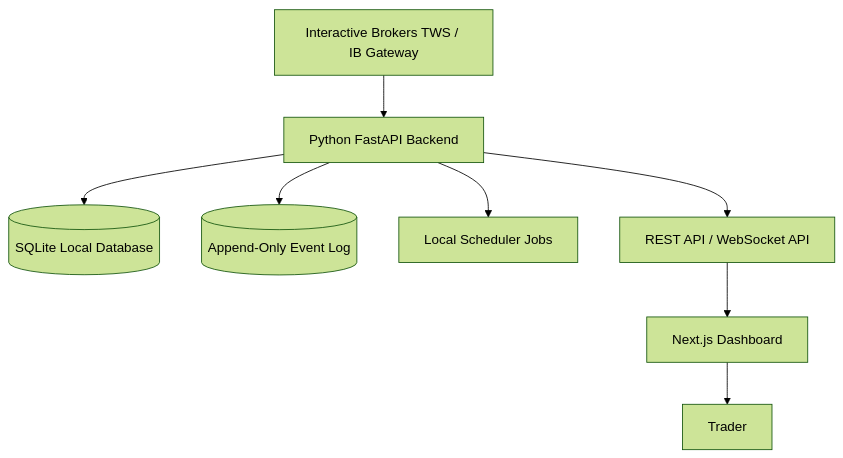
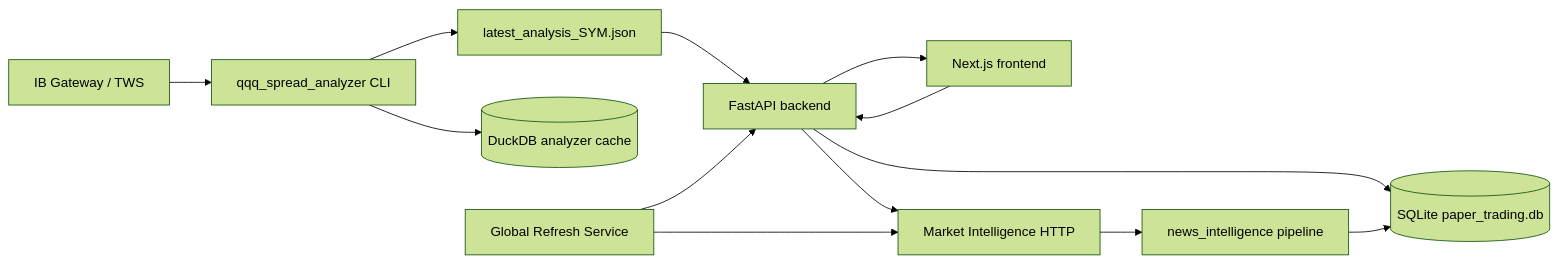
The diagram in Billion-Dollar-Architecture-Reference.md (aktaksh/Billion_Dollar), drawn with Mermaid (forest theme) before and after one commit. The commit also changed other lines of this file and 182 other files, not shown here.

````diff
--- a/Billion-Dollar-Architecture-Reference.md
+++ b/Billion-Dollar-Architecture-Reference.md
@@ -1454,10 +30,26 @@
 ```mermaid
-flowchart TD
-  TWS[Interactive Brokers TWS / IB Gateway] --> PY[Python FastAPI Backend]
-  PY --> DB[(SQLite Local Database)]
-  PY --> EVT[(Append-Only Event Log)]
-  PY --> JOBS[Local Scheduler Jobs]
-  PY --> API[REST API / WebSocket API]
-  API --> UI[Next.js Dashboard]
-  UI --> USER[Trader]
+flowchart LR
+  IBKR[IB Gateway / TWS]
+  CLI[qqq_spread_analyzer CLI]
+  JSON[latest_analysis_SYM.json]
+  API[FastAPI backend]
+  UI[Next.js frontend]
+  SQLite[(SQLite paper_trading.db)]
+  DuckDB[(DuckDB analyzer cache)]
+  NewsCLI[news_intelligence pipeline]
+  MIC[Market Intelligence HTTP]
+  GR[Global Refresh Service]
+
+  IBKR --> CLI
+  CLI --> JSON
+  CLI --> DuckDB
+  JSON --> API
+  API --> UI
+  API --> SQLite
+  UI --> API
+  NewsCLI --> SQLite
+  MIC --> NewsCLI
+  API --> MIC
+  GR --> MIC
+  GR --> API
 ```
````
